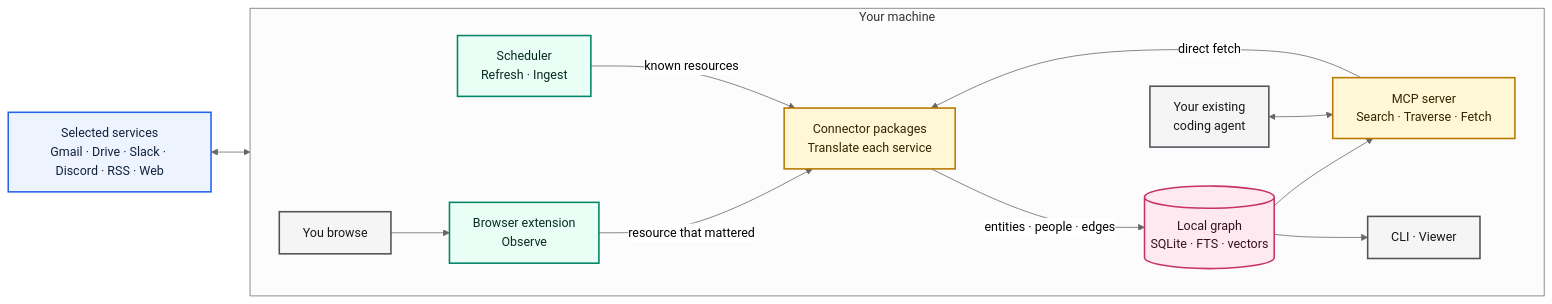
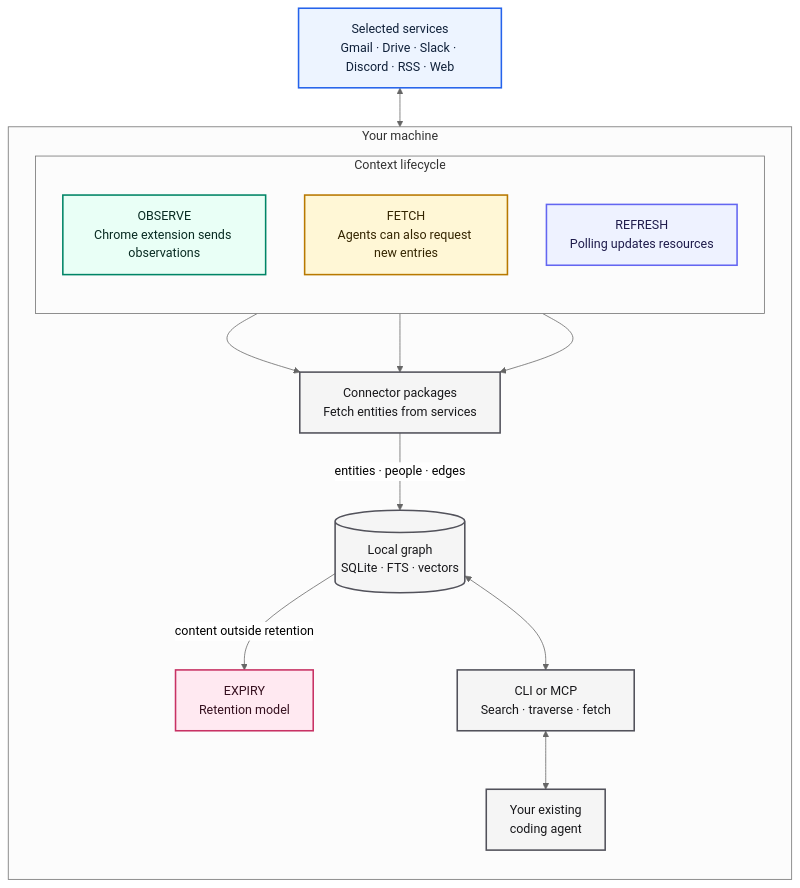
One commit to simonexmachina/agent-graph changed the diagram in docs-src/diagrams/architecture-overview.mmd. Above: the diagram before and after it, drawn with Mermaid (neutral theme). The commit also changed 21 other files, not shown here.

Commit message:
Adopt lifecycle architecture diagram

```diff
--- a/docs-src/diagrams/architecture-overview.mmd
+++ b/docs-src/diagrams/architecture-overview.mmd
@@ -1,35 +1,41 @@
-flowchart LR
+flowchart TB
     services["Selected services<br/>Gmail · Drive · Slack · Discord · RSS · Web"]
+
     subgraph local["Your machine"]
-        direction LR
-        human["You browse"]
-        extension["Browser extension<br/>Observe"]
-        mcp["MCP server<br/>Search · Traverse · Fetch"]
-        refresh["Scheduler<br/>Refresh · Ingest"]
-        connectors["Connector packages<br/>Translate each service"]
+        direction TB
+        subgraph inputs["Context lifecycle"]
+            direction TB
+            observe["OBSERVE<br/>Chrome extension sends observations"]
+            fetch["FETCH<br/>Agents can also request new entries"]
+            refresh["REFRESH<br/>Polling updates resources"]
+        end
+
+        connectors["Connector packages<br/>Fetch entities from services"]
         database[("Local graph<br/>SQLite · FTS · vectors")]
-        tools["CLI · Viewer"]
+        expiry["EXPIRY<br/>Retention model"]
+        access["CLI or MCP<br/>Search · traverse · fetch"]
         agent["Your existing<br/>coding agent"]
 
-        human --> extension
-        extension -->|"resource that mattered"| connectors
-        mcp -->|"direct fetch"| connectors
-        refresh -->|"known resources"| connectors
+        observe --> connectors
+        fetch --> connectors
+        refresh --> connectors
         connectors -->|"entities · people · edges"| database
-        database --> mcp
-        database --> tools
-        agent <--> mcp
+        database -->|"content outside retention"| expiry
+        database <--> access
+        access <--> agent
     end
 
     services <--> connectors
 
     classDef source fill:#edf4ff,stroke:#2563eb,color:#10213a,stroke-width:2px;
     classDef observe fill:#e9fff6,stroke:#008566,color:#082b22,stroke-width:2px;
-    classDef core fill:#fff7d6,stroke:#b87900,color:#342500,stroke-width:2px;
-    classDef storage fill:#ffe9f1,stroke:#c83264,color:#35101f,stroke-width:2px;
-    classDef actor fill:#f5f5f5,stroke:#52525b,color:#18181b,stroke-width:2px;
+    classDef fetch fill:#fff7d6,stroke:#b87900,color:#342500,stroke-width:2px;
+    classDef refresh fill:#eef2ff,stroke:#6366f1,color:#1e1b4b,stroke-width:2px;
+    classDef expiry fill:#ffe9f1,stroke:#c83264,color:#35101f,stroke-width:2px;
+    classDef core fill:#f5f5f5,stroke:#52525b,color:#18181b,stroke-width:2px;
     class services source;
-    class extension,refresh observe;
-    class connectors,mcp core;
-    class database storage;
-    class human,agent,tools actor;
+    class observe observe;
+    class fetch fetch;
+    class refresh refresh;
+    class expiry expiry;
+    class connectors,database,access,agent core;
```
